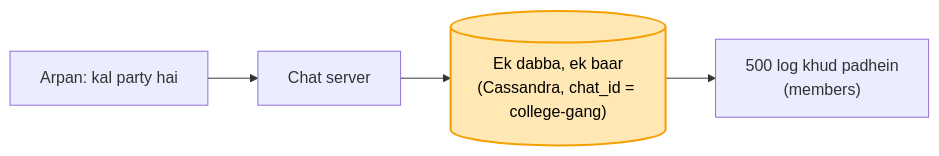
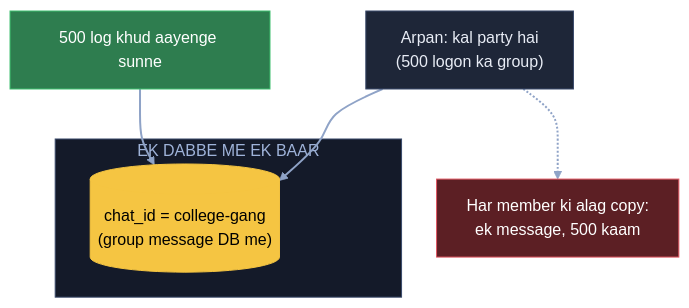
The fifth of 12 diagrams in 04_HLD/SYSTEM_DESIGNS/14_chat_messaging/14_chat_messaging.md (ArpanMaheshwari144/Prep), drawn with Mermaid before and after one commit. The commit also changed other lines of this file, not shown here.

Commit message:
Chat: 12 diagram hand notes ke shabdon se

````diff
--- a/04_HLD/SYSTEM_DESIGNS/14_chat_messaging/14_chat_messaging.md
+++ b/04_HLD/SYSTEM_DESIGNS/14_chat_messaging/14_chat_messaging.md
@@ -107,7 +151,18 @@
 ```mermaid
-flowchart LR
-    A["Arpan: kal party hai"] --> S["Chat server"]
-    S --> D[("Ek dabba, ek baar<br/>(Cassandra, chat_id = college-gang)")]
-    D --> M["500 log khud padhein<br/>(members)"]
-    style D fill:#ffe8b3,stroke:#f59f00,stroke-width:2px,color:#000
+flowchart TB
+    A["Arpan: kal party hai<br/>(500 logon ka group)"]:::card
+    X["Har member ki alag copy:<br/>ek message, 500 kaam"]:::bad
+    subgraph ED["EK DABBE ME EK BAAR"]
+        D[("chat_id = college-gang<br/>(group message DB me)")]:::pill
+    end
+    M["500 log khud aayenge sunne"]:::good
+    A --> D
+    A -.-> X
+    M --> D
+    linkStyle default stroke:#8fa3c7,stroke-width:2px
+    classDef card fill:#1e2638,stroke:#3a4a6b,color:#e8ecf5
+    classDef pill fill:#f5c542,stroke:#f5c542,color:#000
+    classDef good fill:#2e7d4f,stroke:#3fbf6f,color:#fff
+    classDef bad fill:#5c1f24,stroke:#e05561,color:#fff
+    style ED fill:#141a29,stroke:#3a4a6b,color:#9fb3d9
 ```
````
